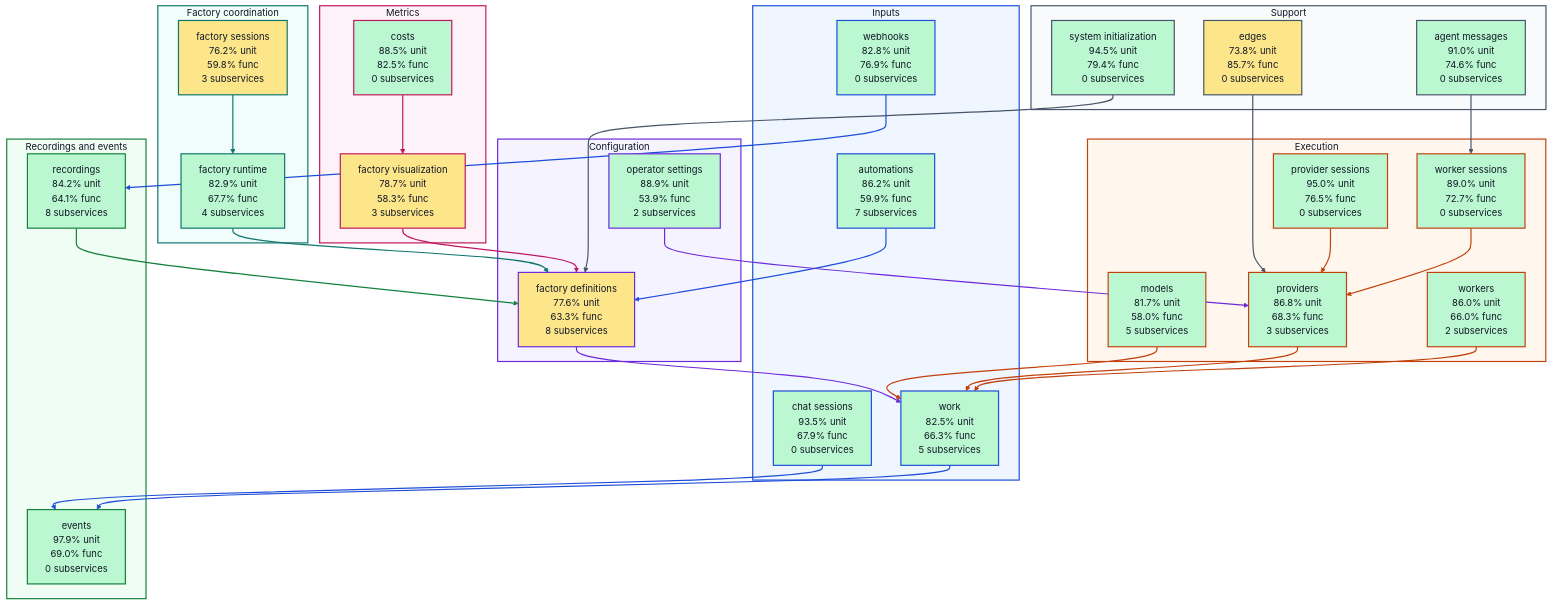
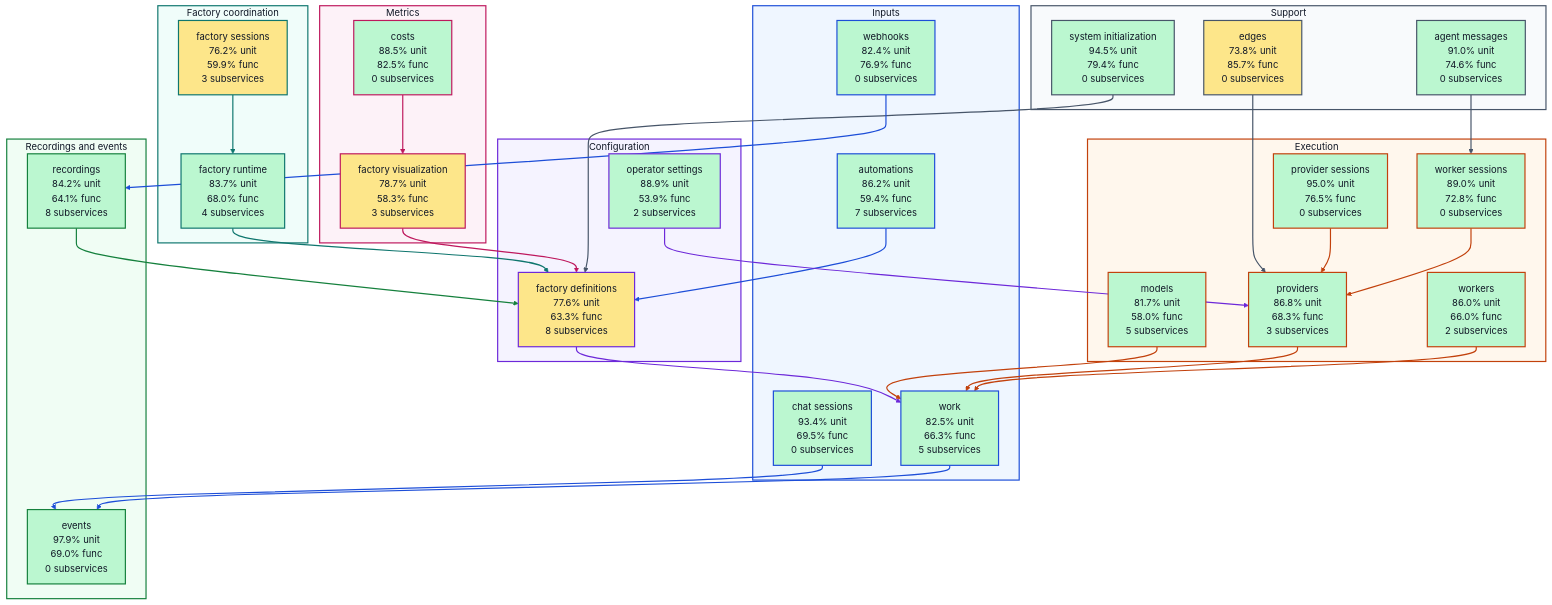
One commit to portpowered/you-agent-factory changed the diagram in docs/architecture/visualizations/high-level-test-coverage.md. Above: the diagram before and after it, drawn with Mermaid. The commit also changed other lines of this file and 21 other files, not shown here.

Commit message:
docs: refresh backend architecture visualizations

````diff
--- a/docs/architecture/visualizations/high-level-test-coverage.md
+++ b/docs/architecture/visualizations/high-level-test-coverage.md
@@ -11,9 +11,9 @@
 ```mermaid
 flowchart TB
   subgraph input["Inputs"]
-    s_services_automations["automations<br/>86.2% unit<br/>59.9% func<br/>7 subservices"]
-    s_services_chat_sessions["chat sessions<br/>93.5% unit<br/>67.9% func<br/>0 subservices"]
-    s_services_webhooks["webhooks<br/>82.8% unit<br/>76.9% func<br/>0 subservices"]
+    s_services_automations["automations<br/>86.2% unit<br/>59.4% func<br/>7 subservices"]
+    s_services_chat_sessions["chat sessions<br/>93.4% unit<br/>69.5% func<br/>0 subservices"]
+    s_services_webhooks["webhooks<br/>82.4% unit<br/>76.9% func<br/>0 subservices"]
     s_services_work["work<br/>82.5% unit<br/>66.3% func<br/>5 subservices"]
   end
   subgraph configuration["Configuration"]
@@ -21,14 +21,14 @@
     s_services_operator_settings["operator settings<br/>88.9% unit<br/>53.9% func<br/>2 subservices"]
   end
   subgraph coordination["Factory coordination"]
-    s_services_factory_runtime["factory runtime<br/>82.9% unit<br/>67.7% func<br/>4 subservices"]
-    s_services_factory_sessions["factory sessions<br/>76.2% unit<br/>59.8% func<br/>3 subservices"]
+    s_services_factory_runtime["factory runtime<br/>83.7% unit<br/>68.0% func<br/>4 subservices"]
+    s_services_factory_sessions["factory sessions<br/>76.2% unit<br/>59.9% func<br/>3 subservices"]
   end
   subgraph execution["Execution"]
     s_services_models["models<br/>81.7% unit<br/>58.0% func<br/>5 subservices"]
     s_services_provider_sessions["provider sessions<br/>95.0% unit<br/>76.5% func<br/>0 subservices"]
     s_services_providers["providers<br/>86.8% unit<br/>68.3% func<br/>3 subservices"]
-    s_services_worker_sessions["worker sessions<br/>89.0% unit<br/>72.7% func<br/>0 subservices"]
+    s_services_worker_sessions["worker sessions<br/>89.0% unit<br/>72.8% func<br/>0 subservices"]
     s_services_workers["workers<br/>86.0% unit<br/>66.0% func<br/>2 subservices"]
   end
   subgraph recordings["Recordings and events"]
````
